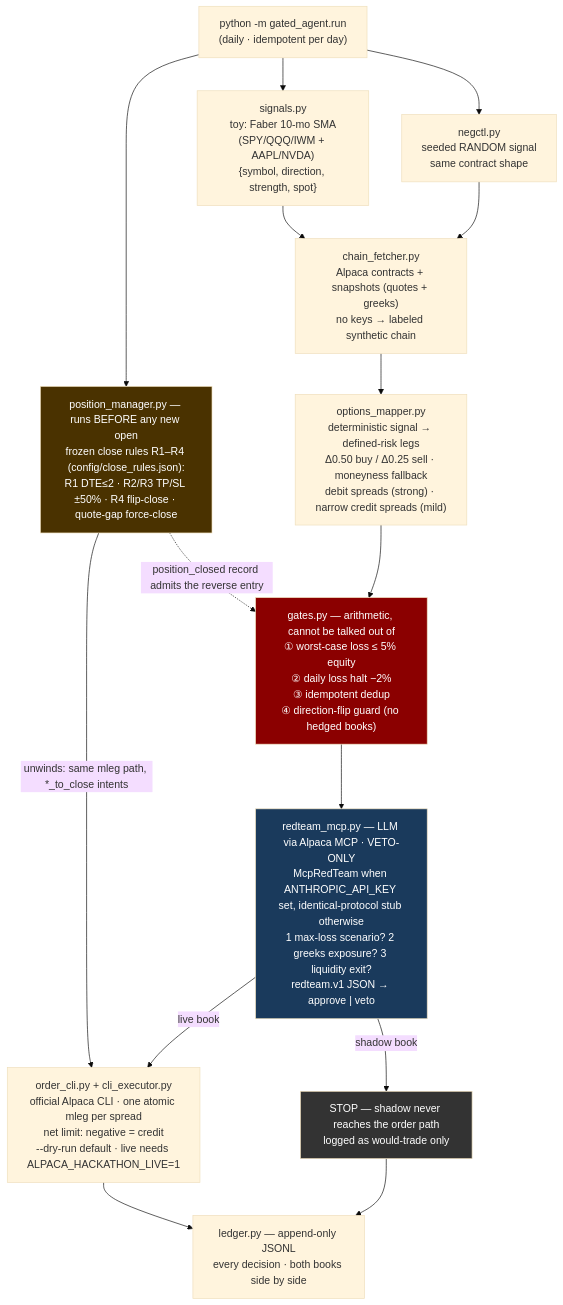
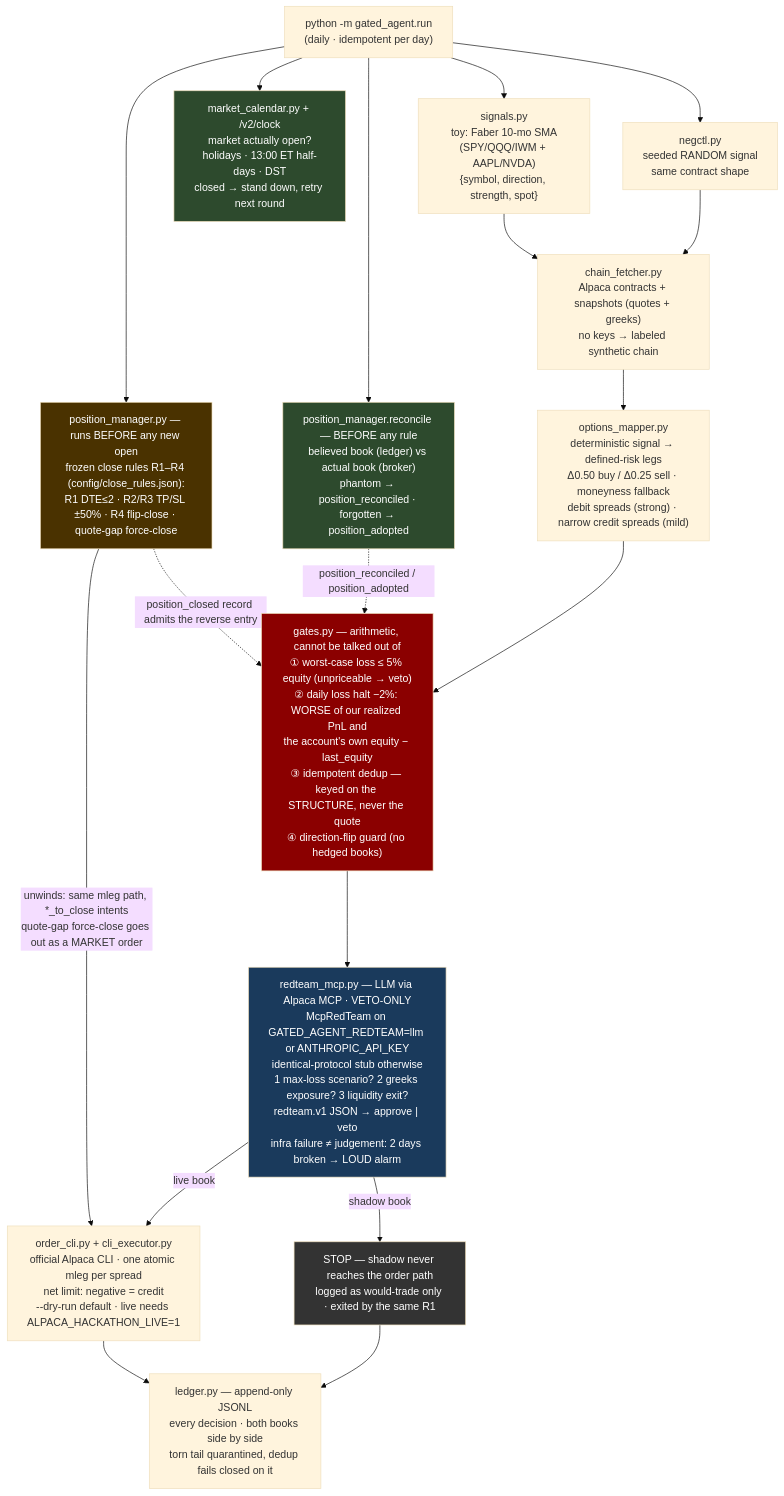
Before and after one commit to Theodore-Liu/gated-agent: the diagram in README.md, drawn with Mermaid (base theme). The commit also changed other lines of this file and 18 other files, not shown here.

````diff
--- a/README.md
+++ b/README.md
@@ -36,30 +36,35 @@
 ```mermaid
 flowchart TD
     RUN["python -m gated_agent.run<br/>(daily · idempotent per day)"]
     RUN --> EXITS["position_manager.py — runs BEFORE any new open<br/>frozen close rules R1–R4 (config/close_rules.json):<br/>R1 DTE≤2 · R2/R3 TP/SL ±50% · R4 flip-close · quote-gap force-close"]
+    RUN --> CLK["market_calendar.py + /v2/clock<br/>market actually open?<br/>holidays · 13:00 ET half-days · DST<br/>closed → stand down, retry next round"]
+    RUN --> RECON["position_manager.reconcile — BEFORE any rule<br/>believed book (ledger) vs actual book (broker)<br/>phantom → position_reconciled · forgotten → position_adopted"]
     RUN --> SIG["signals.py<br/>toy: Faber 10-mo SMA<br/>(SPY/QQQ/IWM + AAPL/NVDA)<br/>{symbol, direction, strength, spot}"]
     RUN --> NEG["negctl.py<br/>seeded RANDOM signal<br/>same contract shape"]
 
     SIG --> CHAIN["chain_fetcher.py<br/>Alpaca contracts + snapshots (quotes + greeks)<br/>no keys → labeled synthetic chain"]
     NEG --> CHAIN
 
     CHAIN --> MAP["options_mapper.py<br/>deterministic signal → defined-risk legs<br/>Δ0.50 buy / Δ0.25 sell · moneyness fallback<br/>debit spreads (strong) · narrow credit spreads (mild)"]
 
-    MAP --> GATES["gates.py — arithmetic, cannot be talked out of<br/>① worst-case loss ≤ 5% equity<br/>② daily loss halt −2%<br/>③ idempotent dedup<br/>④ direction-flip guard (no hedged books)"]
+    MAP --> GATES["gates.py — arithmetic, cannot be talked out of<br/>① worst-case loss ≤ 5% equity (unpriceable → veto)<br/>② daily loss halt −2%: WORSE of our realized PnL and<br/>the account's own equity − last_equity<br/>③ idempotent dedup — keyed on the STRUCTURE, never the quote<br/>④ direction-flip guard (no hedged books)"]
 
-    GATES --> RT["redteam_mcp.py — LLM via Alpaca MCP · VETO-ONLY<br/>McpRedTeam when ANTHROPIC_API_KEY set, identical-protocol stub otherwise<br/>1 max-loss scenario? 2 greeks exposure? 3 liquidity exit?<br/>redteam.v1 JSON → approve | veto"]
+    GATES --> RT["redteam_mcp.py — LLM via Alpaca MCP · VETO-ONLY<br/>McpRedTeam on GATED_AGENT_REDTEAM=llm or ANTHROPIC_API_KEY<br/>identical-protocol stub otherwise<br/>1 max-loss scenario? 2 greeks exposure? 3 liquidity exit?<br/>redteam.v1 JSON → approve | veto<br/>infra failure ≠ judgement: 2 days broken → LOUD alarm"]
 
     RT -->|live book| CLI["order_cli.py + cli_executor.py<br/>official Alpaca CLI · one atomic mleg per spread<br/>net limit: negative = credit<br/>--dry-run default · live needs ALPACA_HACKATHON_LIVE=1"]
-    RT -->|shadow book| STOP["STOP — shadow never reaches the order path<br/>logged as would-trade only"]
+    RT -->|shadow book| STOP["STOP — shadow never reaches the order path<br/>logged as would-trade only · exited by the same R1"]
 
-    EXITS -->|"unwinds: same mleg path, *_to_close intents"| CLI
+    EXITS -->|"unwinds: same mleg path, *_to_close intents<br/>quote-gap force-close goes out as a MARKET order"| CLI
     EXITS -.->|"position_closed record admits the reverse entry"| GATES
+    RECON -.->|"position_reconciled / position_adopted"| GATES
 
-    CLI --> LED["ledger.py — append-only JSONL<br/>every decision · both books side by side"]
+    CLI --> LED["ledger.py — append-only JSONL<br/>every decision · both books side by side<br/>torn tail quarantined, dedup fails closed on it"]
     STOP --> LED
 
+    style CLK fill:#2d4a2d,color:#fff
+    style RECON fill:#2d4a2d,color:#fff
     style EXITS fill:#4a3200,color:#fff
     style GATES fill:#8b0000,color:#fff
     style RT fill:#1a3a5c,color:#fff
     style STOP fill:#333,color:#fff
 ```
````
